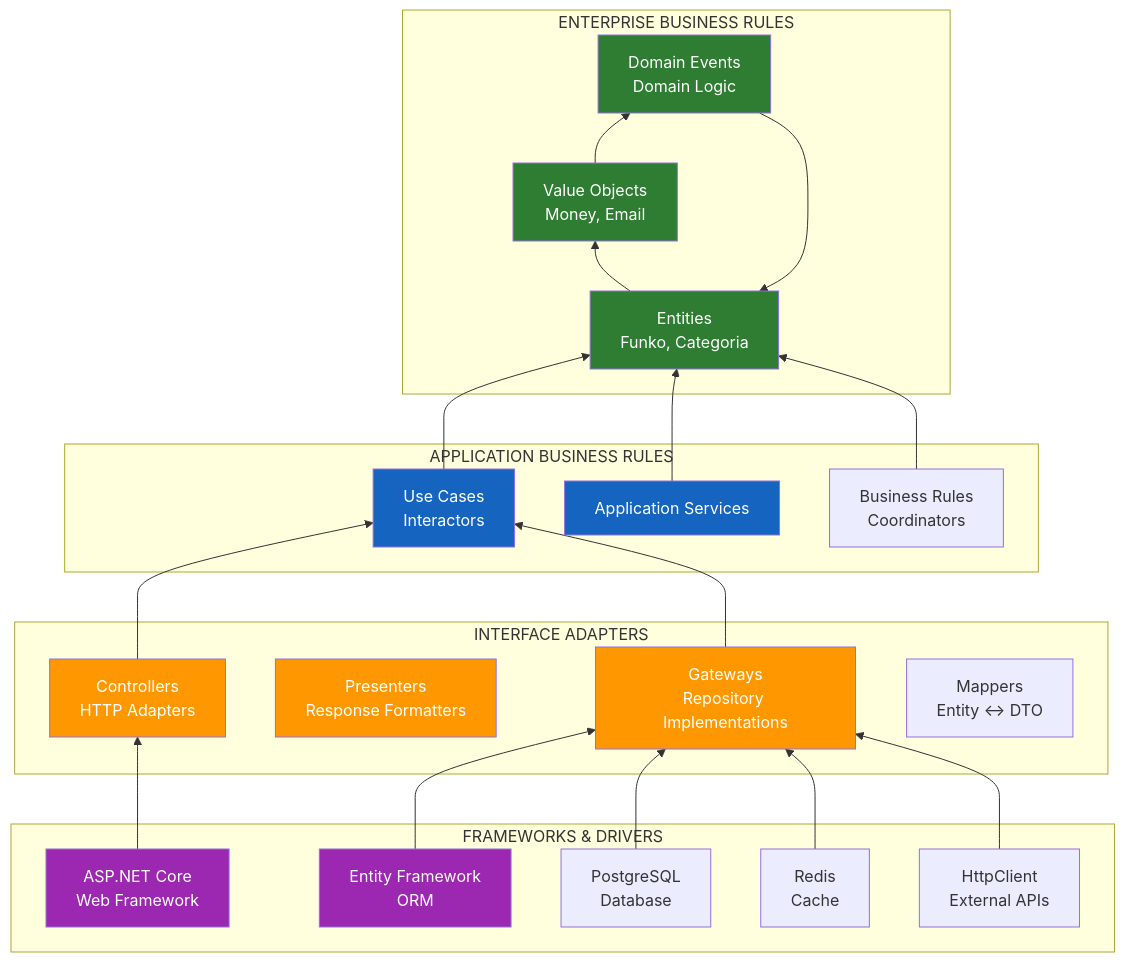
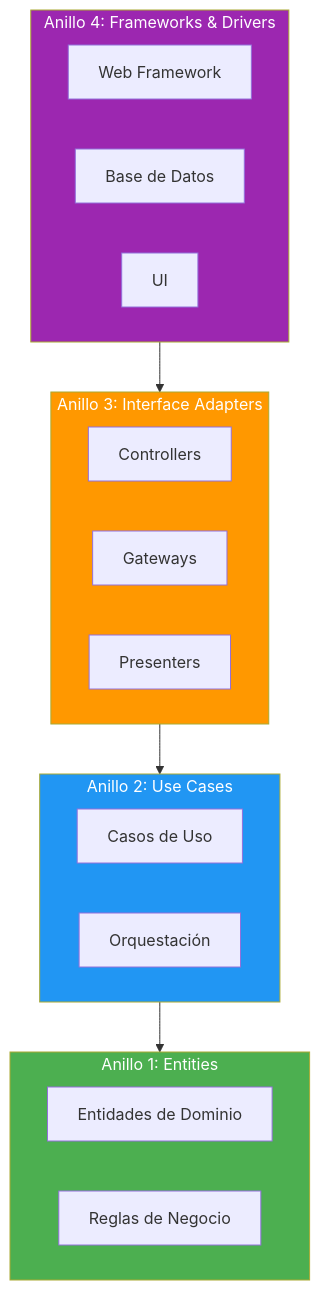
Before and after one commit to joseluisgs/DesarrolloWebEntornosServidor-02-2026-2027: the fourth of 5 diagrams in 11-clean-architecture.md, drawn with Mermaid. The commit also changed other lines of this file, not shown here.

Commit message:
[refactor] Reescribir punto 11: Clean Architecture sin ROP, con CQRS y estructura nueva

````diff
--- a/11-clean-architecture.md
+++ b/11-clean-architecture.md
@@ -663,57 +273,31 @@
 ```mermaid
-flowchart BT
-    subgraph "FRAMEWORKS & DRIVERS"
-        FW1["ASP.NET Core<br/>Web Framework"]
-        FW2["Entity Framework<br/>ORM"]
-        FW3["PostgreSQL<br/>Database"]
-        FW4["Redis<br/>Cache"]
-        FW5["HttpClient<br/>External APIs"]
+flowchart TB
+    subgraph ANILLO1["Anillo 1: Entities"]
+        E1["Entidades de Dominio"]
+        E2["Reglas de Negocio"]
     end
 
-    subgraph "INTERFACE ADAPTERS"
-        IA1["Controllers<br/>HTTP Adapters"]
-        IA2["Presenters<br/>Response Formatters"]
-        IA3["Gateways<br/>Repository Implementations"]
-        IA4["Mappers<br/>Entity ↔ DTO"]
+    subgraph ANILLO2["Anillo 2: Use Cases"]
+        U1["Casos de Uso"]
+        U2["Orquestación"]
     end
 
-    subgraph "APPLICATION BUSINESS RULES"
-        AB1["Use Cases<br/>Interactors"]
-        AB2["Application Services"]
-        AB3["Business Rules<br/>Coordinators"]
+    subgraph ANILLO3["Anillo 3: Interface Adapters"]
+        A1["Controllers"]
+        A2["Gateways"]
+        A3["Presenters"]
     end
 
-    subgraph "ENTERPRISE BUSINESS RULES"
-        EB1["Entities<br/>Funko, Categoria"]
-        EB2["Value Objects<br/>Money, Email"]
-        EB3["Domain Events<br/>Domain Logic"]
+    subgraph ANILLO4["Anillo 4: Frameworks & Drivers"]
+        F1["Web Framework"]
+        F2["Base de Datos"]
+        F3["UI"]
     end
 
-    FW1 --> IA1
-    FW2 --> IA3
-    FW3 --> IA3
-    FW4 --> IA3
-    FW5 --> IA3
-    
-    IA1 --> AB1
-    IA3 --> AB1
-    
-    AB1 --> EB1
-    AB2 --> EB1
-    AB3 --> EB1
-    
-    EB1 --> EB2
-    EB2 --> EB3
-    EB3 --> EB1
+    ANILLO4 --> ANILLO3 --> ANILLO2 --> ANILLO1
 
-    style EB1 fill:#2E7D32,color:#fff
-    style EB2 fill:#2E7D32,color:#fff
-    style EB3 fill:#2E7D32,color:#fff
-    style AB1 fill:#1565C0,color:#fff
-    style AB2 fill:#1565C0,color:#fff
-    style IA1 fill:#FF9800,color:#fff
-    style IA2 fill:#FF9800,color:#fff
-    style IA3 fill:#FF9800,color:#fff
-    style FW1 fill:#9C27B0,color:#fff
-    style FW2 fill:#9C27B0,color:#fff
+    style ANILLO1 fill:#4CAF50,color:#fff
+    style ANILLO2 fill:#2196F3,color:#fff
+    style ANILLO3 fill:#FF9800,color:#fff
+    style ANILLO4 fill:#9C27B0,color:#fff
 ```
````
